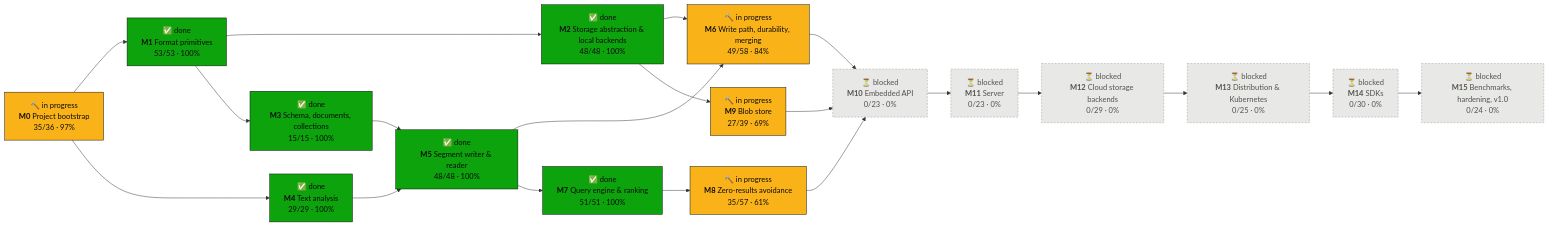
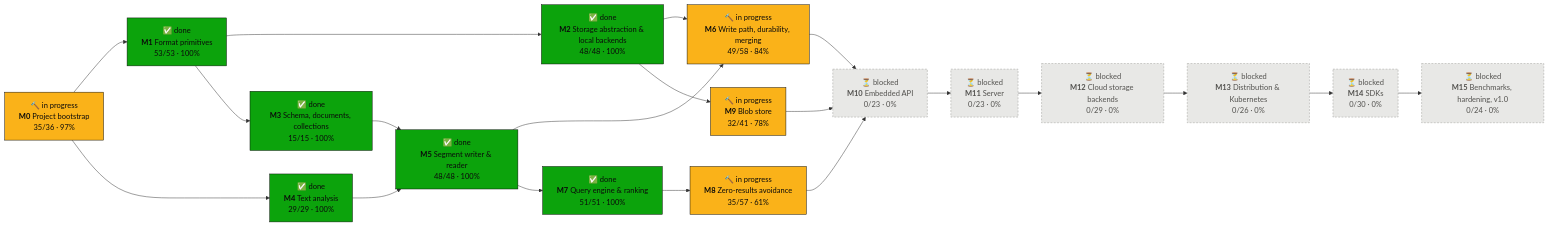
One commit to tomiok/persiaDB changed the first of 2 diagrams in PROGRESS.md. Above: the diagram before and after it, drawn with Mermaid. The commit also changed other lines of this file and 59 other files, not shown here.

First line of the commit message:
Blob wiring: pack opened with the database, writer lock, verify over blobs (ROADMAP 9.2.7, 9.4.5, 9.4.6, 9.5.3, 9.5.6) (#111)

````diff
--- a/PROGRESS.md
+++ b/PROGRESS.md
@@ -16,42 +16,42 @@
 ```mermaid
 flowchart LR
   M0["🔨 in progress<br/><b>M0</b> Project bootstrap<br/>35/36 · 97%"]:::doing
   M1["✅ done<br/><b>M1</b> Format primitives<br/>53/53 · 100%"]:::done
   M2["✅ done<br/><b>M2</b> Storage abstraction & local backends<br/>48/48 · 100%"]:::done
   M3["✅ done<br/><b>M3</b> Schema, documents, collections<br/>15/15 · 100%"]:::done
   M4["✅ done<br/><b>M4</b> Text analysis<br/>29/29 · 100%"]:::done
   M5["✅ done<br/><b>M5</b> Segment writer & reader<br/>48/48 · 100%"]:::done
   M6["🔨 in progress<br/><b>M6</b> Write path, durability, merging<br/>49/58 · 84%"]:::doing
   M7["✅ done<br/><b>M7</b> Query engine & ranking<br/>51/51 · 100%"]:::done
   M8["🔨 in progress<br/><b>M8</b> Zero-results avoidance<br/>35/57 · 61%"]:::doing
-  M9["🔨 in progress<br/><b>M9</b> Blob store<br/>27/39 · 69%"]:::doing
+  M9["🔨 in progress<br/><b>M9</b> Blob store<br/>32/41 · 78%"]:::doing
   M10["⏳ blocked<br/><b>M10</b> Embedded API<br/>0/23 · 0%"]:::blocked
   M11["⏳ blocked<br/><b>M11</b> Server<br/>0/23 · 0%"]:::blocked
   M12["⏳ blocked<br/><b>M12</b> Cloud storage backends<br/>0/29 · 0%"]:::blocked
-  M13["⏳ blocked<br/><b>M13</b> Distribution & Kubernetes<br/>0/25 · 0%"]:::blocked
+  M13["⏳ blocked<br/><b>M13</b> Distribution & Kubernetes<br/>0/26 · 0%"]:::blocked
   M14["⏳ blocked<br/><b>M14</b> SDKs<br/>0/30 · 0%"]:::blocked
   M15["⏳ blocked<br/><b>M15</b> Benchmarks, hardening, v1.0<br/>0/24 · 0%"]:::blocked
   M0 --> M1
   M1 --> M2
   M1 --> M3
   M0 --> M4
   M3 --> M5
   M4 --> M5
   M2 --> M6
   M5 --> M6
   M5 --> M7
   M7 --> M8
   M2 --> M9
   M6 --> M10
   M8 --> M10
   M9 --> M10
   M10 --> M11
   M11 --> M12
   M12 --> M13
   M13 --> M14
   M14 --> M15
   classDef done fill:#0ca30c,stroke:#0b0b0b,color:#0b0b0b
   classDef doing fill:#fab219,stroke:#0b0b0b,color:#0b0b0b
   classDef ready fill:#fcfcfb,stroke:#0b0b0b,stroke-width:2px,color:#0b0b0b
   classDef blocked fill:#e8e8e6,stroke:#9a9a96,stroke-dasharray:4 3,color:#52514e
 ```
````
